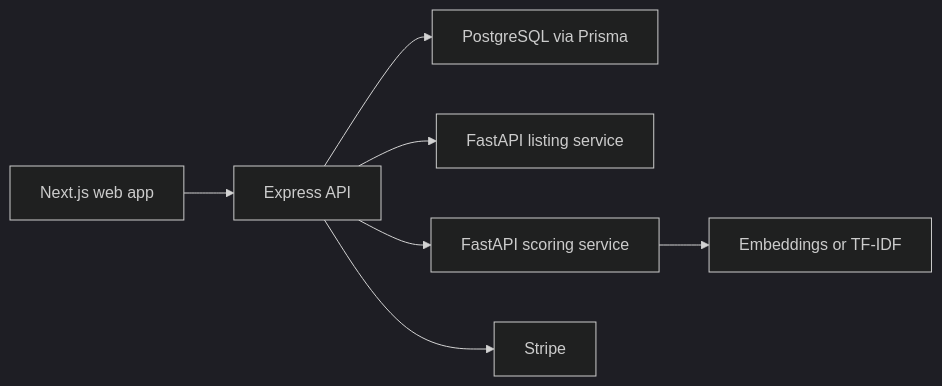
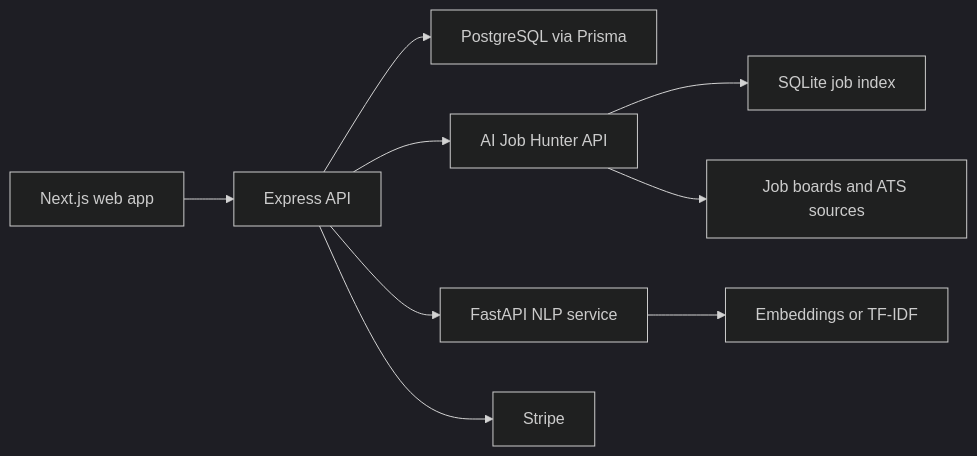
One commit to aryan880/gethiredasap changed the diagram in README.md. Above: the diagram before and after it, drawn with Mermaid (dark theme). The commit also changed other lines of this file, not shown here.

````diff
--- a/README.md
+++ b/README.md
@@ -26,9 +25,11 @@
 ```mermaid
 flowchart LR
     W["Next.js web app"] --> A["Express API"]
     A --> D["PostgreSQL via Prisma"]
-    A --> S["FastAPI listing service"]
-    A --> N["FastAPI scoring service"]
+    A --> J["AI Job Hunter API"]
+    J --> S["SQLite job index"]
+    J --> C["Job boards and ATS sources"]
+    A --> N["FastAPI NLP service"]
     N --> M["Embeddings or TF-IDF"]
     A --> P["Stripe"]
 ```
````
